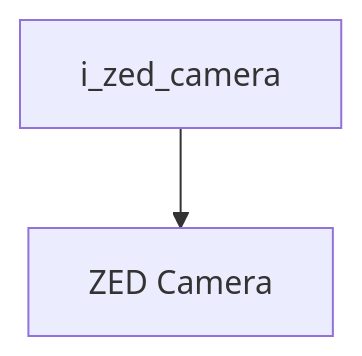
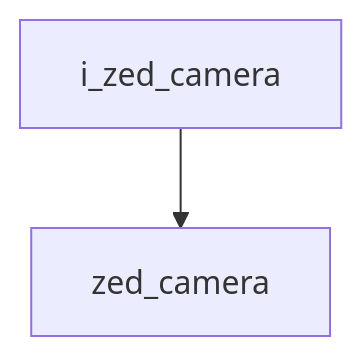
The second of 2 diagrams in docs/codebase/namespaces/vision/interfaces/i_zed_camera.md (kasper-szczerba/autonomous_control_system_wiki), drawn with Mermaid before and after one commit. The commit also changed other lines of this file and 41 other files, not shown here.

````diff
--- a/docs/codebase/namespaces/vision/interfaces/i_zed_camera.md
+++ b/docs/codebase/namespaces/vision/interfaces/i_zed_camera.md
@@ -27,5 +25,5 @@
 ```mermaid
 graph TD
     i_zed_camera["i_zed_camera"]
-    i_zed_camera["i_zed_camera"] --> zed_camera["ZED Camera"]
+    i_zed_camera["i_zed_camera"] --> zed_camera["zed_camera"]
 ```
````
